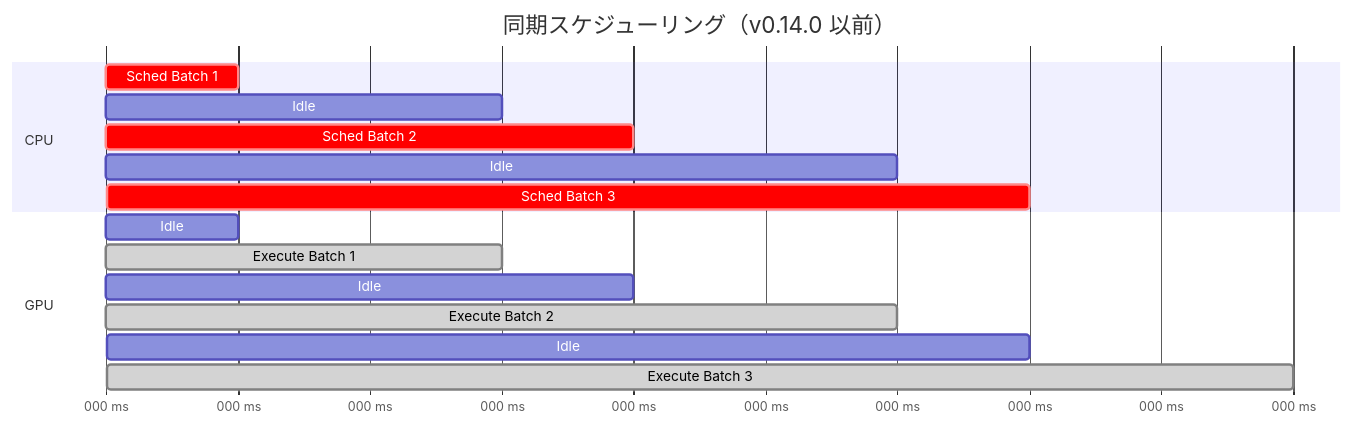
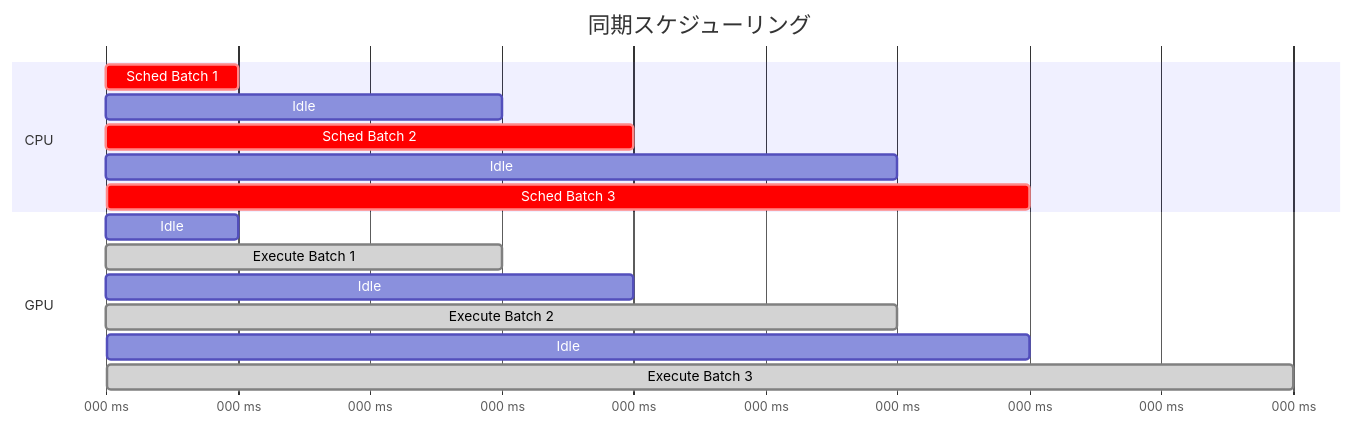
The first of 11 diagrams in articles/d2ed7115cf4578.md (littlemex/zenn), drawn with Mermaid before and after one commit. The commit also changed other lines of this file, not shown here.

````diff
--- a/articles/d2ed7115cf4578.md
+++ b/articles/d2ed7115cf4578.md
@@ -89,21 +94,21 @@
 ```mermaid
 gantt
-    title 同期スケジューリング（v0.14.0 以前）
+    title 同期スケジューリング
     dateFormat X
     axisFormat %L ms
 
     section CPU
     Sched Batch 1 : crit, 0, 5
     Idle :5, 15
     Sched Batch 2 : crit, 15, 20
     Idle :20, 30
     Sched Batch 3 : crit, 30, 35
 
     section GPU
     Idle :0, 5
     Execute Batch 1 : done, 5, 15
     Idle :15, 20
     Execute Batch 2 : done, 20, 30
     Idle :30, 35
     Execute Batch 3 : done, 35, 45
 ```
````
